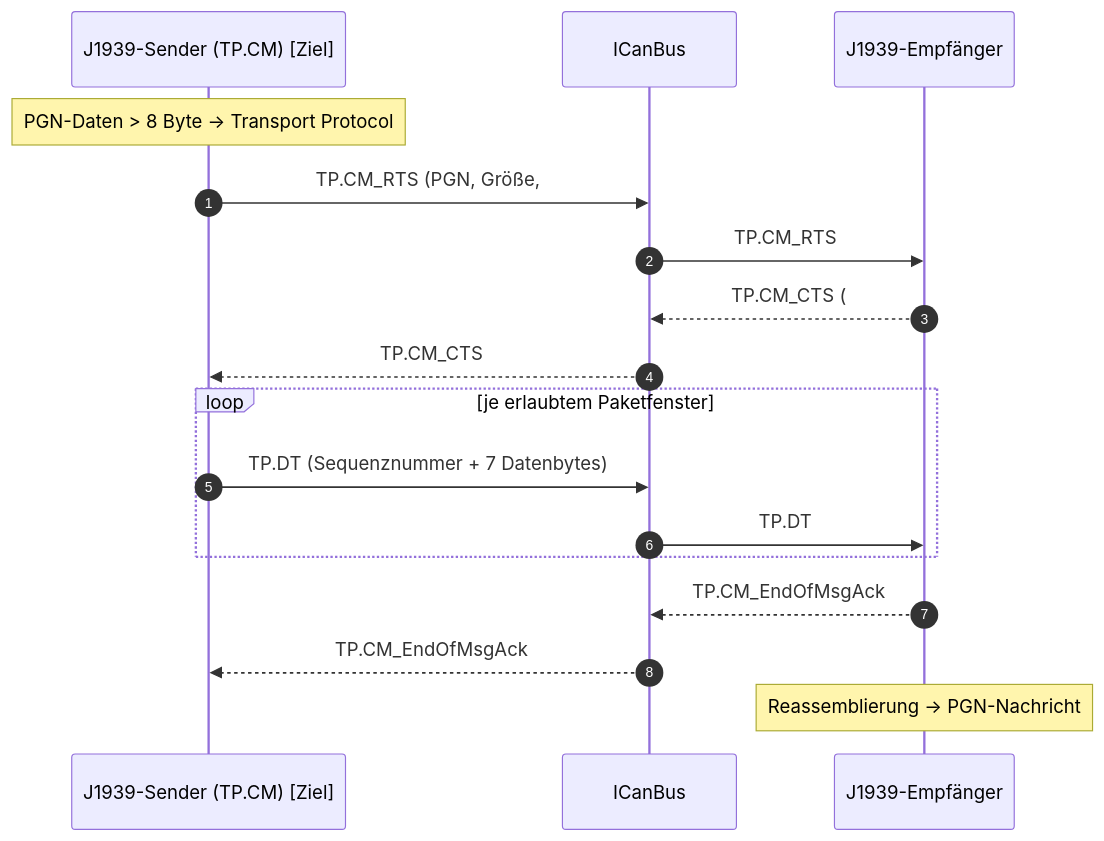
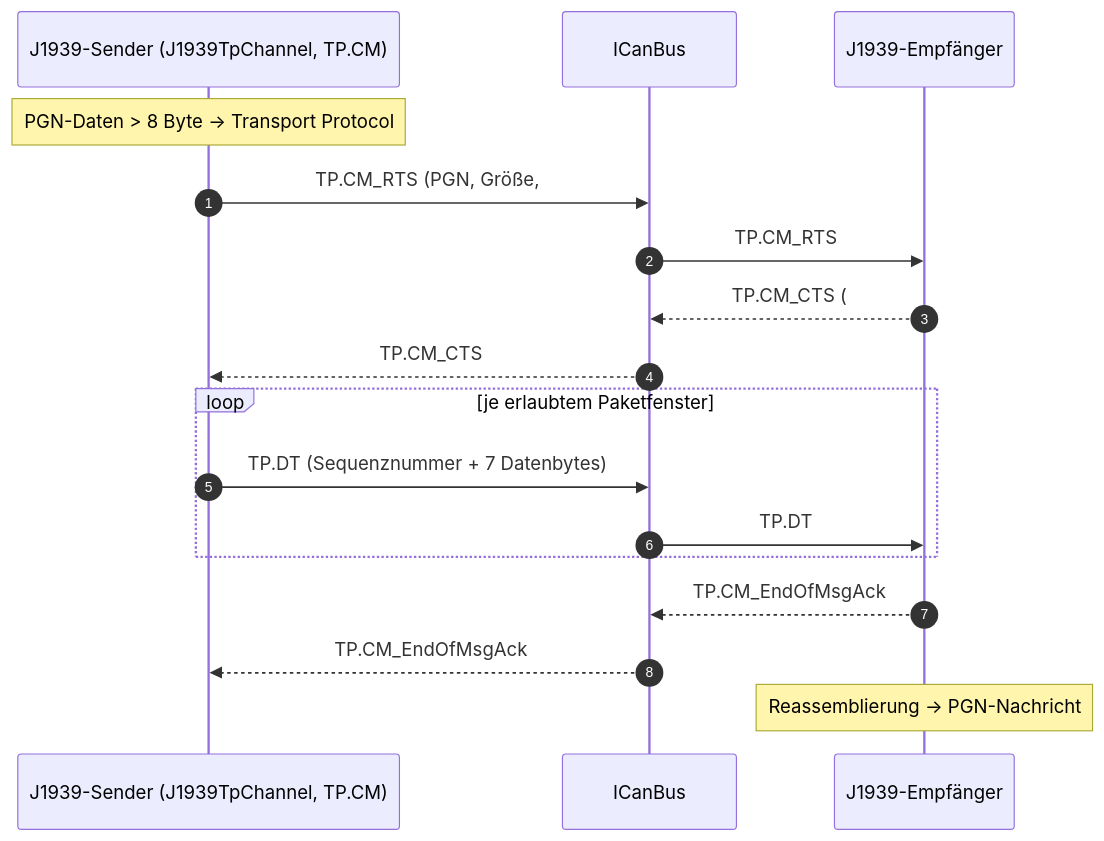
One commit to dborgards/CanKit.Pro changed diagram 11 of 19 in docs/architecture/arc42-CanKit.Pro.md. Above: the diagram before and after it, drawn with Mermaid. The commit also changed other lines of this file and 1 other file, not shown here.

````diff
--- a/docs/architecture/arc42-CanKit.Pro.md
+++ b/docs/architecture/arc42-CanKit.Pro.md
@@ -706,20 +706,20 @@
 ```mermaid
 sequenceDiagram
     autonumber
-    participant TX as J1939-Sender (TP.CM)  [Ziel]
+    participant TX as J1939-Sender (J1939TpChannel, TP.CM)
     participant Bus as ICanBus
     participant RX as J1939-Empfänger
 
     Note over TX: PGN-Daten > 8 Byte → Transport Protocol
     TX->>Bus: TP.CM_RTS (PGN, Größe, #Pakete)
     Bus->>RX: TP.CM_RTS
     RX-->>Bus: TP.CM_CTS (#Pakete, nächste Sequenz)
     Bus-->>TX: TP.CM_CTS
     loop je erlaubtem Paketfenster
         TX->>Bus: TP.DT (Sequenznummer + 7 Datenbytes)
         Bus->>RX: TP.DT
     end
     RX-->>Bus: TP.CM_EndOfMsgAck
     Bus-->>TX: TP.CM_EndOfMsgAck
     Note over RX: Reassemblierung → PGN-Nachricht
 ```
````
